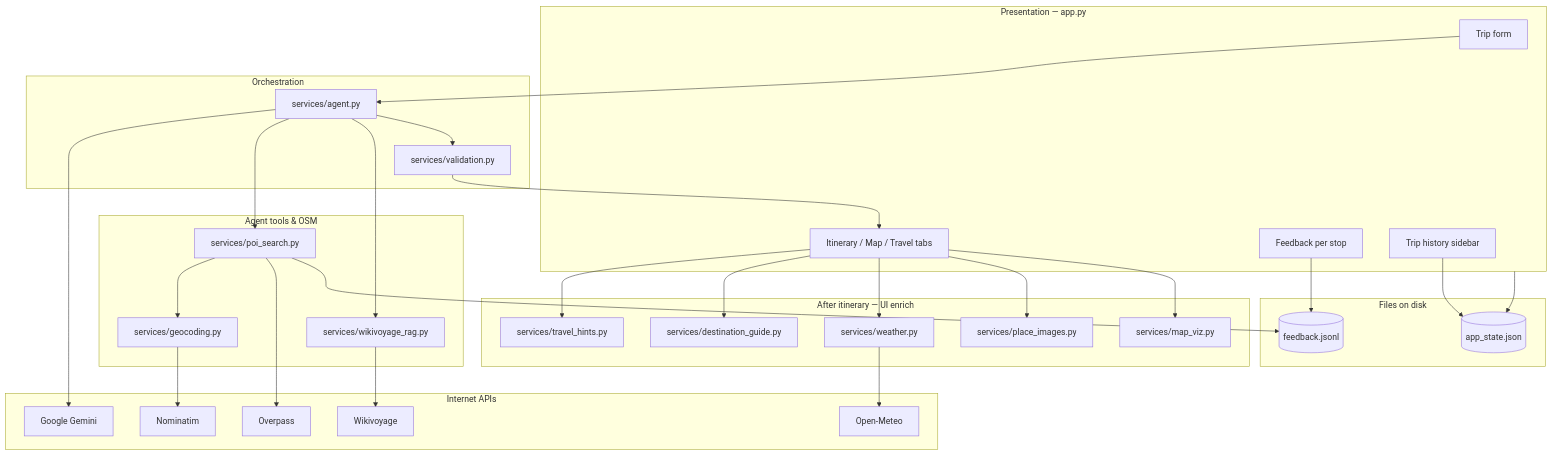
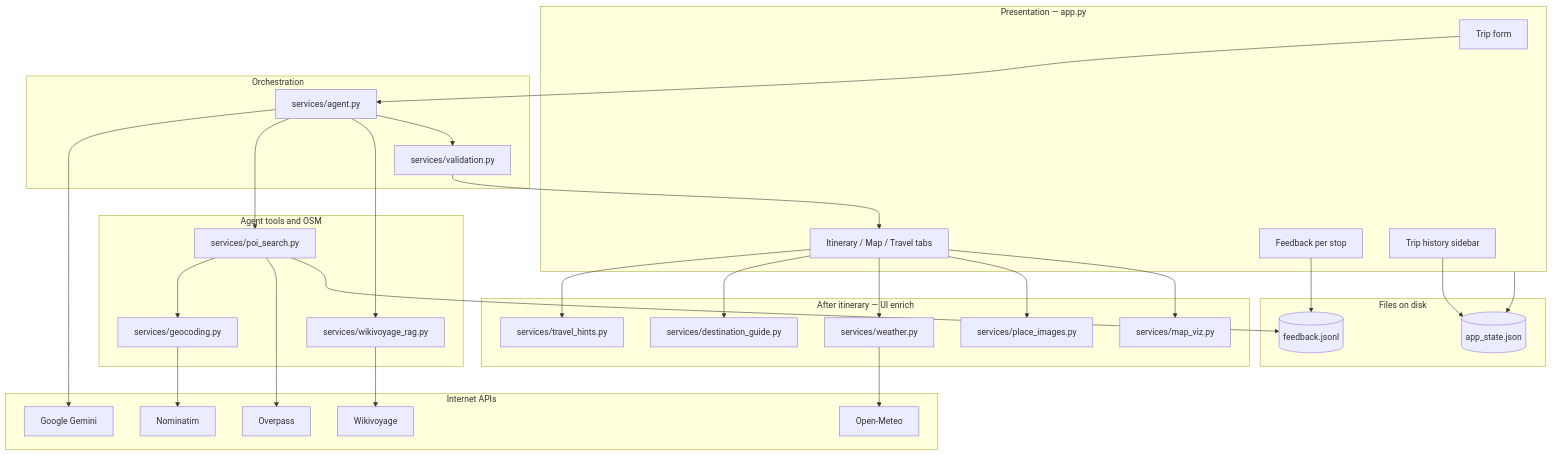
Before and after one commit to guptaastha1427/Trip-Planner: the second of 19 diagrams in info.md, drawn with Mermaid. The commit also changed other lines of this file and 4 other files, not shown here.

````diff
--- a/info.md
+++ b/info.md
@@ -92,60 +93,60 @@
 ```mermaid
 flowchart TB
   subgraph UI["Presentation — app.py"]
     Form[Trip form]
     Tabs[Itinerary / Map / Travel tabs]
     FB[Feedback per stop]
     Hist[Trip history sidebar]
   end
 
   subgraph Core["Orchestration"]
     Agent[services/agent.py]
     Val[services/validation.py]
   end
 
-  subgraph Tools["Agent tools & OSM"]
+  subgraph Tools["Agent tools and OSM"]
     POI[services/poi_search.py]
     RAG[services/wikivoyage_rag.py]
     Geo[services/geocoding.py]
   end
 
   subgraph Post["After itinerary — UI enrich"]
     Hints[services/travel_hints.py]
     Guide[services/destination_guide.py]
     Wx[services/weather.py]
     Photos[services/place_images.py]
     Map[services/map_viz.py]
   end
 
   subgraph External["Internet APIs"]
     Gemini[Google Gemini]
     NOM[Nominatim]
     OV[Overpass]
     WV[Wikivoyage]
     OM[Open-Meteo]
   end
 
   subgraph Disk["Files on disk"]
     State[(app_state.json)]
     Feed[(feedback.jsonl)]
   end
 
   Form --> Agent
   Agent --> Gemini
   Agent --> POI
   Agent --> RAG
   POI --> Geo --> NOM
   POI --> OV
   RAG --> WV
   POI --> Feed
   Agent --> Val
   Val --> Tabs
   Tabs --> Hints
   Tabs --> Guide
   Tabs --> Wx --> OM
   Tabs --> Photos
   Tabs --> Map
   UI --> State
   FB --> Feed
   Hist --> State
 ```
````
